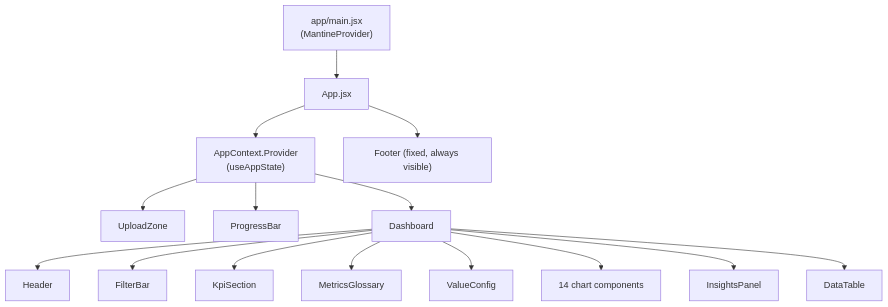
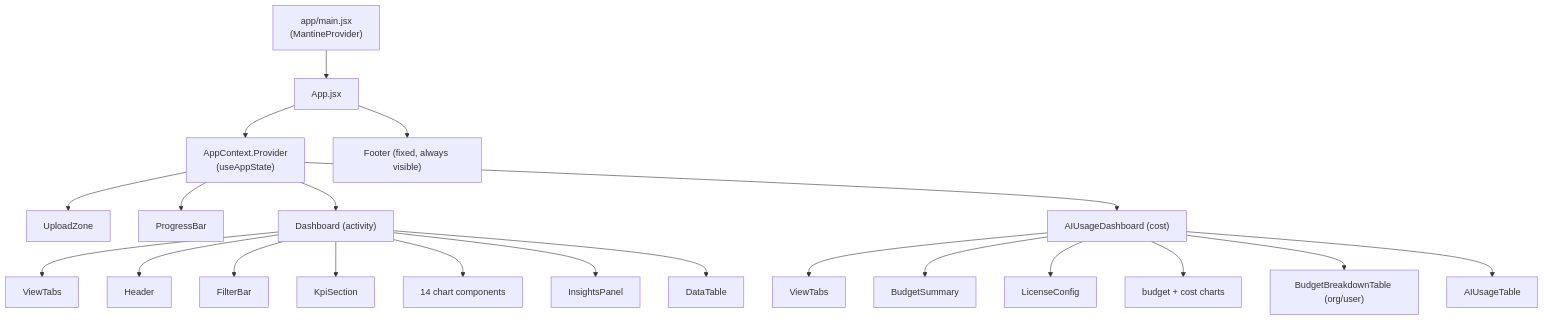
The fourth of 5 diagrams in docs/architecture.md (kinncj/GitHub-Copilot-Enterprise-Dashboard), drawn with Mermaid before and after one commit. The commit also changed other lines of this file and 4 other files, not shown here.

````diff
--- a/docs/architecture.md
+++ b/docs/architecture.md
@@ -71,18 +95,25 @@
 ```mermaid
 graph TD
     main["app/main.jsx\n(MantineProvider)"] --> App["App.jsx"]
     App --> CTX["AppContext.Provider\n(useAppState)"]
     App --> Footer["Footer (fixed, always visible)"]
     CTX --> Upload["UploadZone"]
     CTX --> Progress["ProgressBar"]
-    CTX --> Dashboard["Dashboard"]
+    CTX --> Dashboard["Dashboard (activity)"]
+    CTX --> AIDash["AIUsageDashboard (cost)"]
 
+    Dashboard --> Tabs1[ViewTabs]
     Dashboard --> Header
     Dashboard --> FilterBar
     Dashboard --> KpiSection
-    Dashboard --> MetricsGlossary
-    Dashboard --> ValueConfig
     Dashboard --> Charts["14 chart components"]
     Dashboard --> InsightsPanel
     Dashboard --> DataTable
+
+    AIDash --> Tabs2[ViewTabs]
+    AIDash --> BudgetSummary
+    AIDash --> LicenseConfig
+    AIDash --> AICharts["budget + cost charts"]
+    AIDash --> Breakdown["BudgetBreakdownTable (org/user)"]
+    AIDash --> AITable["AIUsageTable"]
 ```
````
